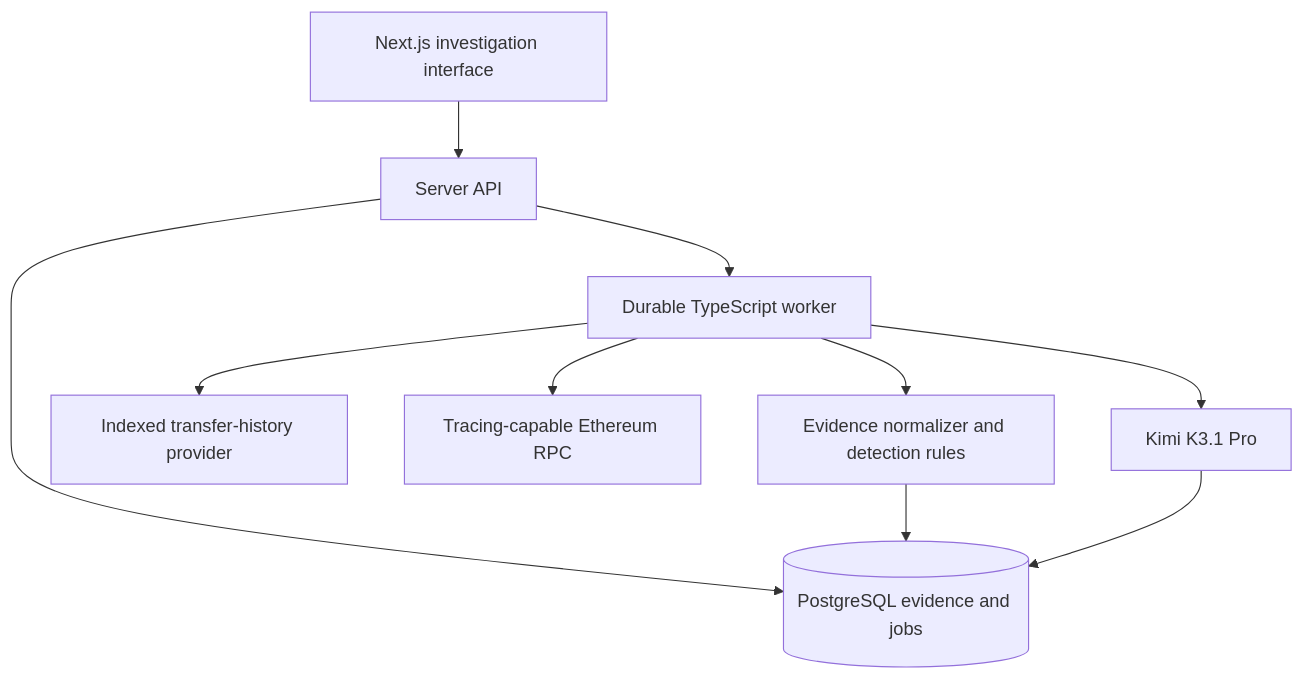
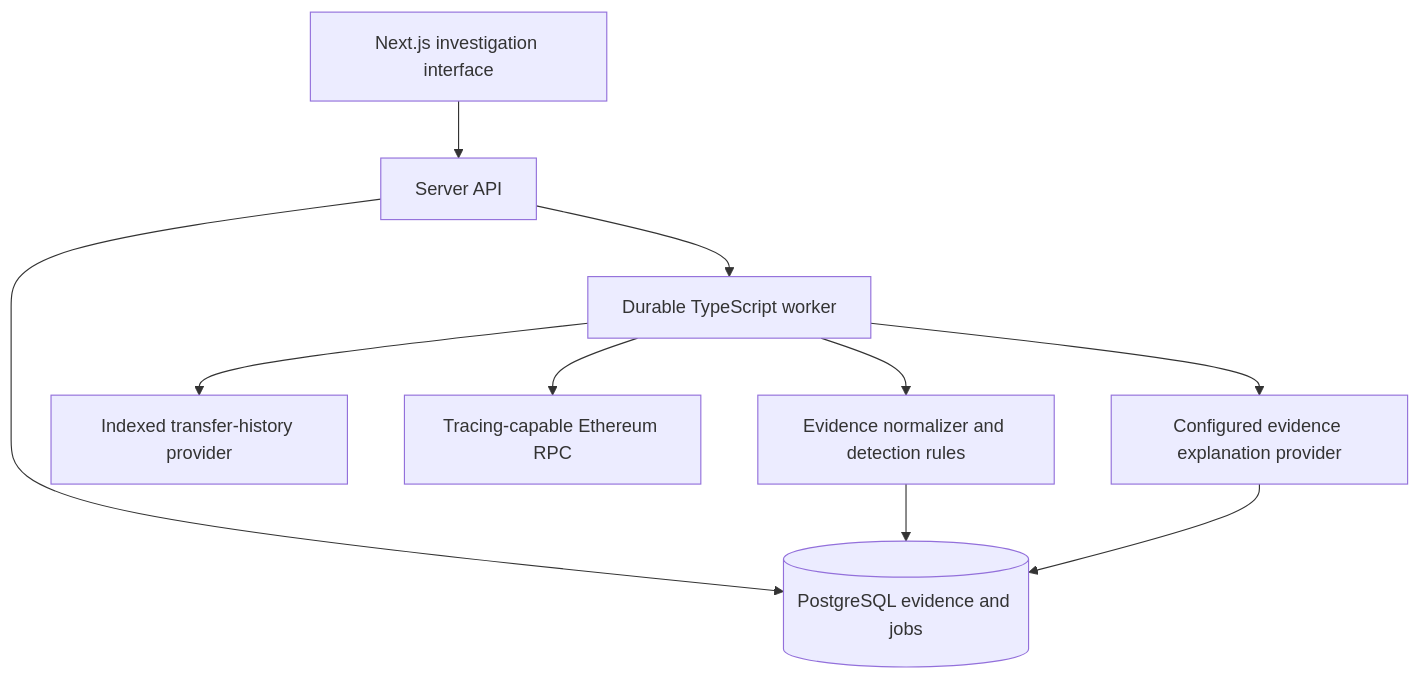
Before and after one commit to sjdsjadjajdjsa/chainsightline: the second of 2 diagrams in README.md, drawn with Mermaid. The commit also changed other lines of this file and 14 other files, not shown here.

````diff
--- a/README.md
+++ b/README.md
@@ -57,12 +57,12 @@
 ```mermaid
 flowchart TB
     UI["Next.js investigation interface"] --> API["Server API"]
     API --> DB[("PostgreSQL evidence and jobs")]
     API --> Worker["Durable TypeScript worker"]
     Worker --> History["Indexed transfer-history provider"]
     Worker --> Chain["Tracing-capable Ethereum RPC"]
     Worker --> Rules["Evidence normalizer and detection rules"]
-    Worker --> Kimi["Kimi K3.1 Pro"]
+    Worker --> AI["Configured evidence explanation provider"]
     Rules --> DB
-    Kimi --> DB
+    AI --> DB
 ```
````
